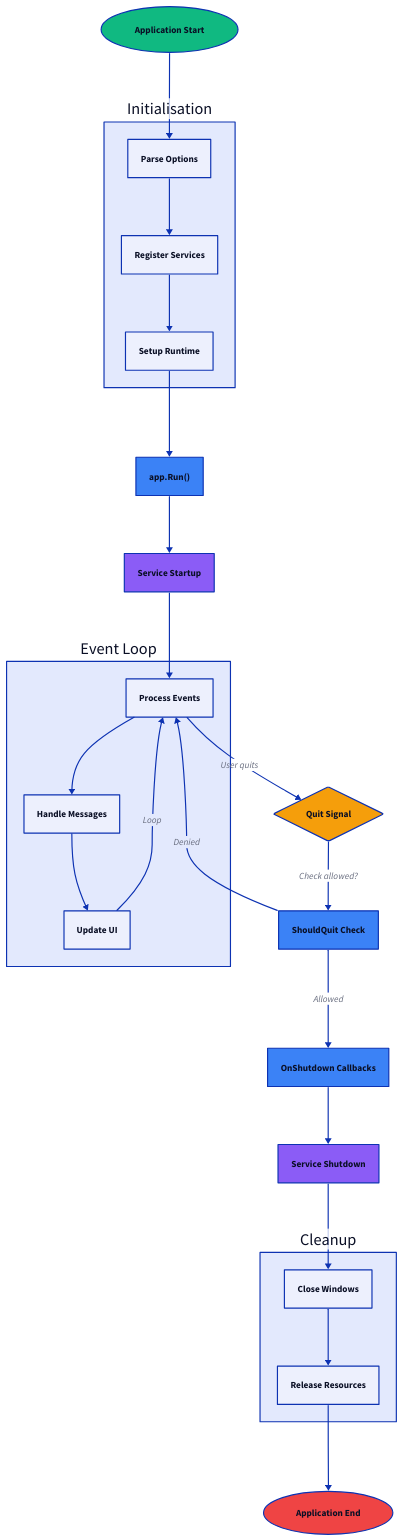
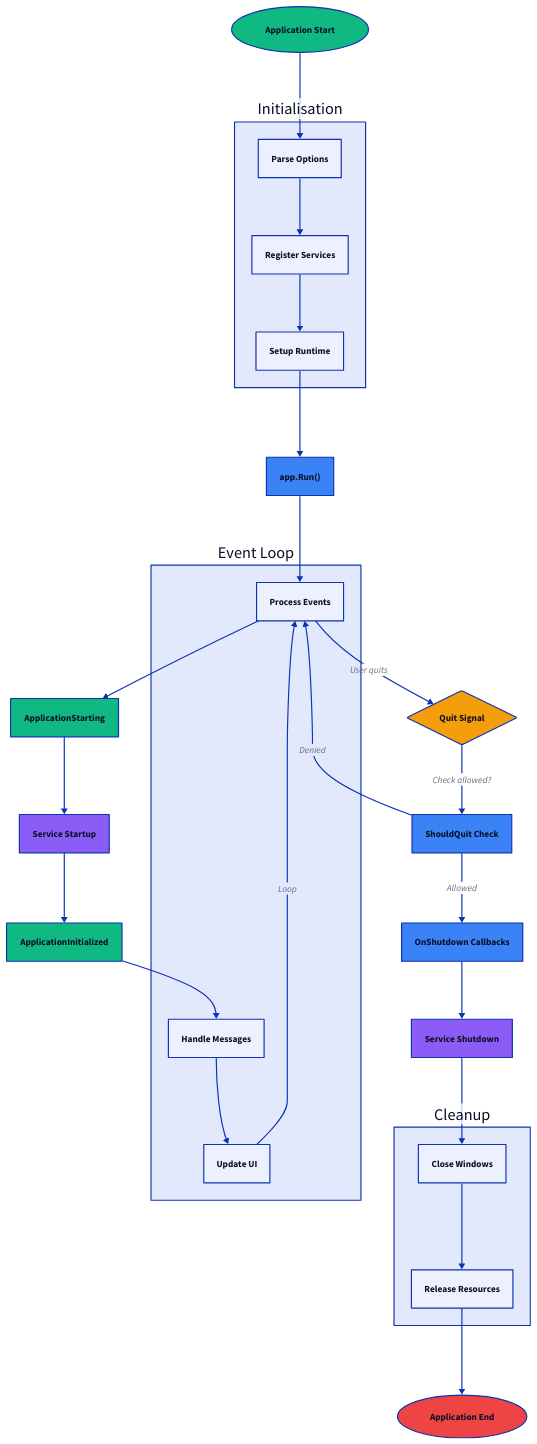
Before and after one commit to wailsapp/wails: the first of 2 diagrams in docs/src/content/docs/concepts/lifecycle.mdx, drawn with D2. The commit also changed other lines of this file and 18 other files, not shown here.

First line of the commit message:
feat: add application startup lifecycle events

```diff
--- a/docs/src/content/docs/concepts/lifecycle.mdx
+++ b/docs/src/content/docs/concepts/lifecycle.mdx
@@ -41,6 +41,16 @@
 ServiceStartup: "Service Startup" {
   shape: rectangle
   style.fill: "#8B5CF6"
+}
+
+ApplicationStarting: "ApplicationStarting" {
+  shape: rectangle
+  style.fill: "#10B981"
+}
+
+ApplicationInitialized: "ApplicationInitialized" {
+  shape: rectangle
+  style.fill: "#10B981"
 }
 
 EventLoop: "Event Loop" {
@@ -93,9 +103,11 @@
 Init.Parse -> Init.Register
 Init.Register -> Init.Setup
 Init.Setup -> AppRun
-AppRun -> ServiceStartup
-ServiceStartup -> EventLoop.Process
-EventLoop.Process -> EventLoop.Handle
+AppRun -> EventLoop.Process
+EventLoop.Process -> ApplicationStarting
+ApplicationStarting -> ServiceStartup
+ServiceStartup -> ApplicationInitialized
+ApplicationInitialized -> EventLoop.Handle
 EventLoop.Handle -> EventLoop.Update
 EventLoop.Update -> EventLoop.Process: "Loop"
 EventLoop.Process -> QuitSignal: "User quits"
```
